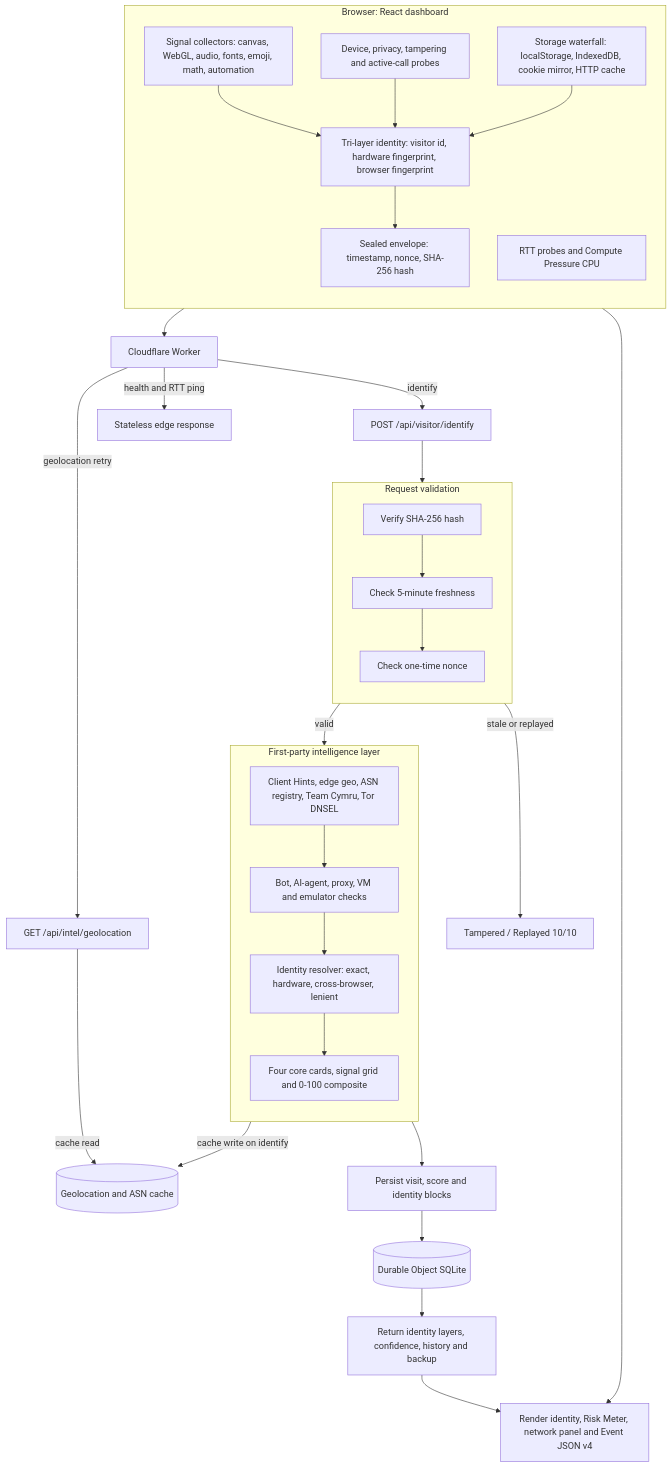
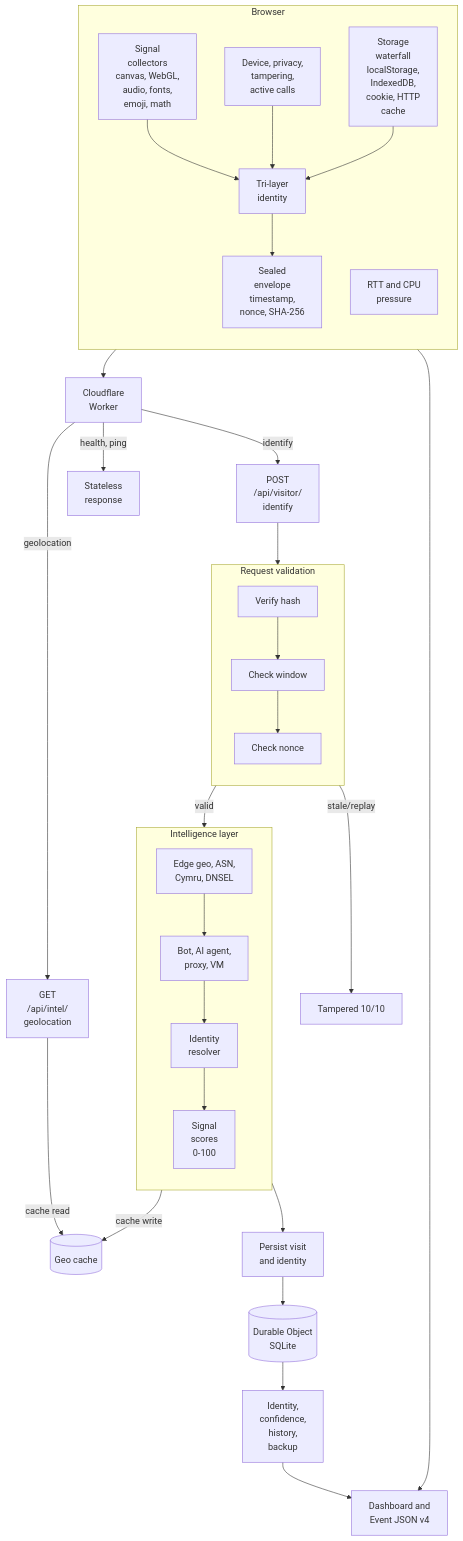
Before and after one commit to aditya-c7/Intel-System: the diagram in README.md, drawn with Mermaid.

Commit message:
Shorten Mermaid labels so node text is not clipped

````diff
--- a/README.md
+++ b/README.md
@@ -87,45 +87,45 @@
 ```mermaid
 flowchart TD
-  subgraph Browser["Browser: React dashboard"]
+  subgraph Browser["Browser"]
     direction TB
-    C1["Signal collectors: canvas, WebGL, audio, fonts, emoji, math, automation"]
-    C2["Device, privacy, tampering and active-call probes"]
-    C3["RTT probes and Compute Pressure CPU"]
-    C4["Storage waterfall: localStorage, IndexedDB, cookie mirror, HTTP cache"]
-    ID["Tri-layer identity: visitor id, hardware fingerprint, browser fingerprint"]
-    ENV["Sealed envelope: timestamp, nonce, SHA-256 hash"]
+    C1["Signal<br/>collectors<br/>canvas, WebGL,<br/>audio, fonts,<br/>emoji, math"]
+    C2["Device, privacy,<br/>tampering,<br/>active calls"]
+    C3["RTT and CPU<br/>pressure"]
+    C4["Storage<br/>waterfall<br/>localStorage,<br/>IndexedDB,<br/>cookie, HTTP<br/>cache"]
+    ID["Tri-layer<br/>identity"]
+    ENV["Sealed<br/>envelope<br/>timestamp,<br/>nonce, SHA-256"]
     C1 --> ID
     C2 --> ID
     C4 --> ID
     ID --> ENV
   end
 
   subgraph Validate["Request validation"]
     direction TB
-    V1["Verify SHA-256 hash"] --> V2["Check 5-minute freshness"] --> V3["Check one-time nonce"]
+    V1["Verify hash"] --> V2["Check window"] --> V3["Check nonce"]
   end
 
-  subgraph Intel["First-party intelligence layer"]
+  subgraph Intel["Intelligence layer"]
     direction TB
-    NET["Client Hints, edge geo, ASN registry, Team Cymru, Tor DNSEL"] --> CLASSIFY["Bot, AI-agent, proxy, VM and emulator checks"]
-    CLASSIFY --> RESOLVE["Identity resolver: exact, hardware, cross-browser, lenient"]
-    RESOLVE --> SCORE["Four core cards, signal grid and 0-100 composite"]
+    NET["Edge geo, ASN,<br/>Cymru, DNSEL"] --> CLASSIFY["Bot, AI agent,<br/>proxy, VM"]
+    CLASSIFY --> RESOLVE["Identity<br/>resolver"]
+    RESOLVE --> SCORE["Signal<br/>scores<br/>0-100"]
   end
 
-  ENV --> ROUTE["Cloudflare Worker"]
-  ROUTE -->|"identify"| API["POST /api/visitor/identify"]
-  ROUTE -->|"geolocation retry"| GEOAPI["GET /api/intel/geolocation"]
-  ROUTE -->|"health and RTT ping"| EDGE["Stateless edge response"]
+  ENV --> ROUTE["Cloudflare<br/>Worker"]
+  ROUTE -->|"identify"| API["POST<br/>/api/visitor/<br/>identify"]
+  ROUTE -->|"geolocation"| GEOAPI["GET<br/>/api/intel/<br/>geolocation"]
+  ROUTE -->|"health, ping"| EDGE["Stateless<br/>response"]
 
   API --> V1
   V3 -->|"valid"| NET
-  V3 -->|"stale or replayed"| REJECT["Tampered / Replayed 10/10"]
+  V3 -->|"stale/replay"| REJECT["Tampered 10/10"]
 
-  NET -->|"cache write on identify"| GEO[("Geolocation and ASN cache")]
+  NET -->|"cache write"| GEO[("Geo cache")]
   GEOAPI -->|"cache read"| GEO
-  SCORE --> PERSIST["Persist visit, score and identity blocks"]
-  PERSIST --> DO[("Durable Object SQLite")]
-  DO --> RESPONSE["Return identity layers, confidence, history and backup"]
-  RESPONSE --> UI["Render identity, Risk Meter, network panel and Event JSON v4"]
+  SCORE --> PERSIST["Persist visit<br/>and identity"]
+  PERSIST --> DO[("Durable Object<br/>SQLite")]
+  DO --> RESPONSE["Identity,<br/>confidence,<br/>history,<br/>backup"]
+  RESPONSE --> UI["Dashboard and<br/>Event JSON v4"]
   C3 --> UI
 ```
````
